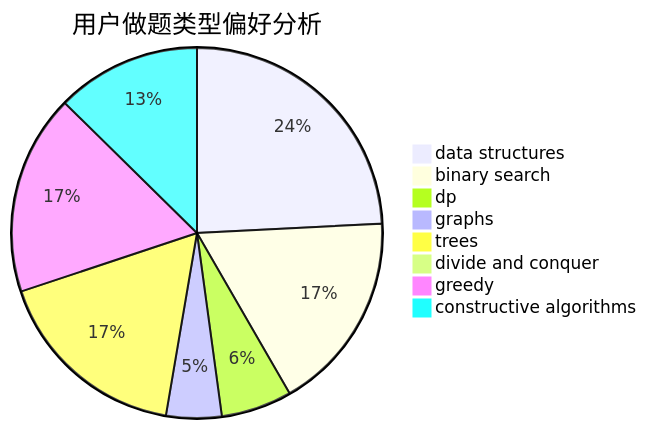
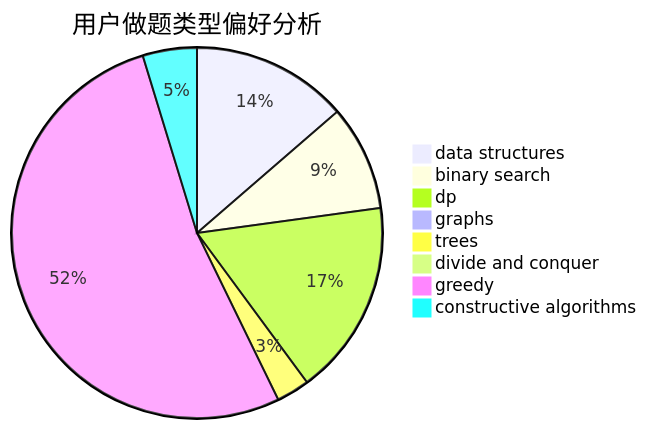
The second of 3 diagrams in docs/user/u411.md (sherpahu/cfrs.github.io), drawn with Mermaid before and after one commit. The commit also changed other lines of this file and 2770 other files, not shown here.

````diff
--- a/docs/user/u411.md
+++ b/docs/user/u411.md
@@ -23,11 +23,11 @@
 ```mermaid
 pie title 用户做题类型偏好分析
-    "data structures" :  90
-    "binary search" :  65
-    "dp" :  23
-    "graphs" :  18
-    "trees" :  64
-    "divide and conquer" :  3
-    "greedy" :  65
-    "constructive algorithms" :  47
+    "data structures" :  52
+    "binary search" :  35
+    "dp" :  65
+    "graphs" :  0
+    "trees" :  11
+    "divide and conquer" :  0
+    "greedy" :  200
+    "constructive algorithms" :  18
 ```
````
